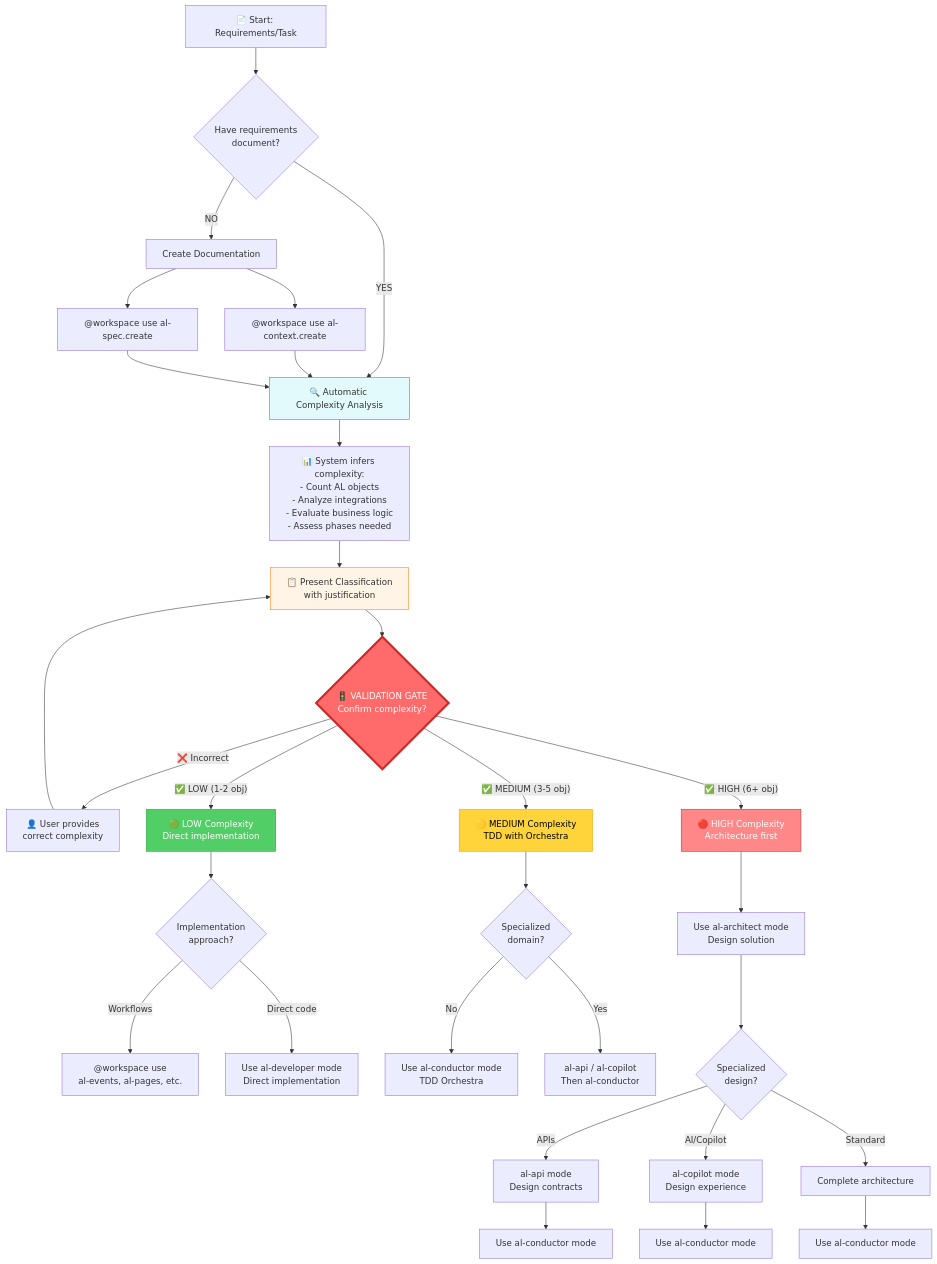
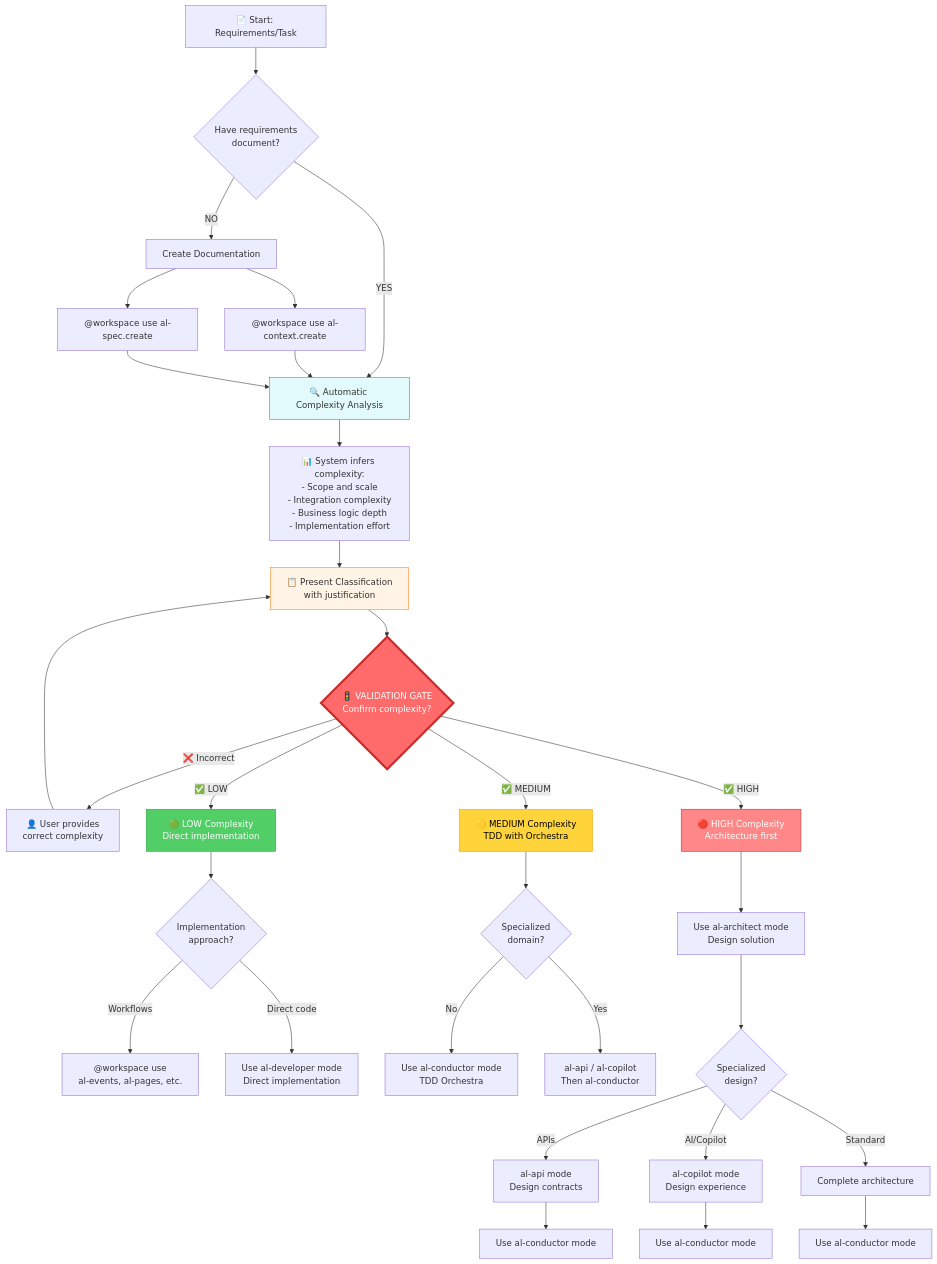
The first of 4 diagrams in docs/workflows/complete-development-flow.md (javiarmesto/AL-Development-Collection-for-GitHub-Copilot), drawn with Mermaid before and after one commit. The commit also changed other lines of this file and 2 other files, not shown here.

First line of the commit message:
refactor: Focus diagrams on complexity levels instead of object counts

````diff
--- a/docs/workflows/complete-development-flow.md
+++ b/docs/workflows/complete-development-flow.md
@@ -15,49 +15,49 @@
 ```mermaid
 graph TD
     A[📄 Start: Requirements/Task] --> B{Have requirements<br/>document?}
     B -->|NO| CreateDoc[Create Documentation]
     CreateDoc --> Doc1["@workspace use al-context.create"]
     CreateDoc --> Doc2["@workspace use al-spec.create"]
     
     B -->|YES| Analyze[🔍 Automatic Complexity Analysis]
     Doc1 --> Analyze
     Doc2 --> Analyze
     
-    Analyze --> Infer["📊 System infers complexity:<br/>- Count AL objects<br/>- Analyze integrations<br/>- Evaluate business logic<br/>- Assess phases needed"]
+    Analyze --> Infer["📊 System infers complexity:<br/>- Scope and scale<br/>- Integration complexity<br/>- Business logic depth<br/>- Implementation effort"]
     
     Infer --> Present["📋 Present Classification<br/>with justification"]
     
     Present --> Gate{"🚦 VALIDATION GATE<br/>Confirm complexity?"}
     
     Gate -->|"❌ Incorrect"| UserCorrect["👤 User provides<br/>correct complexity"]
     UserCorrect --> Present
     
-    Gate -->|"✅ LOW (1-2 obj)"| Low["🟢 LOW Complexity<br/>Direct implementation"]
-    Gate -->|"✅ MEDIUM (3-5 obj)"| Med["🟡 MEDIUM Complexity<br/>TDD with Orchestra"]
-    Gate -->|"✅ HIGH (6+ obj)"| High["🔴 HIGH Complexity<br/>Architecture first"]
+    Gate -->|"✅ LOW"| Low["🟢 LOW Complexity<br/>Direct implementation"]
+    Gate -->|"✅ MEDIUM"| Med["🟡 MEDIUM Complexity<br/>TDD with Orchestra"]
+    Gate -->|"✅ HIGH"| High["🔴 HIGH Complexity<br/>Architecture first"]
     
     Low --> LowOpt{Implementation<br/>approach?}
     LowOpt -->|Workflows| LowWork["@workspace use<br/>al-events, al-pages, etc."]
     LowOpt -->|Direct code| LowDev["Use al-developer mode<br/>Direct implementation"]
     
     Med --> MedSpec{Specialized<br/>domain?}
     MedSpec -->|No| MedCond["Use al-conductor mode<br/>TDD Orchestra"]
     MedSpec -->|Yes| MedSpecAgent["al-api / al-copilot<br/>Then al-conductor"]
     
     High --> HighArch["Use al-architect mode<br/>Design solution"]
     HighArch --> HighSpec{Specialized<br/>design?}
     HighSpec -->|APIs| HighAPI["al-api mode<br/>Design contracts"]
     HighSpec -->|AI/Copilot| HighCopilot["al-copilot mode<br/>Design experience"]
     HighSpec -->|Standard| HighStd["Complete architecture"]
     
     HighAPI --> HighCond1["Use al-conductor mode"]
     HighCopilot --> HighCond2["Use al-conductor mode"]
     HighStd --> HighCond3["Use al-conductor mode"]
     
     style Gate fill:#FF6B6B,stroke:#C92A2A,stroke-width:4px,color:#fff
     style Low fill:#51CF66,stroke:#2F9E44,color:#fff
     style Med fill:#FFD43B,stroke:#F59F00,color:#000
     style High fill:#FF8787,stroke:#C92A2A,color:#fff
     style Analyze fill:#E3FAFC,stroke:#0CA678
     style Present fill:#FFF4E6,stroke:#FD7E14
 ```
````
